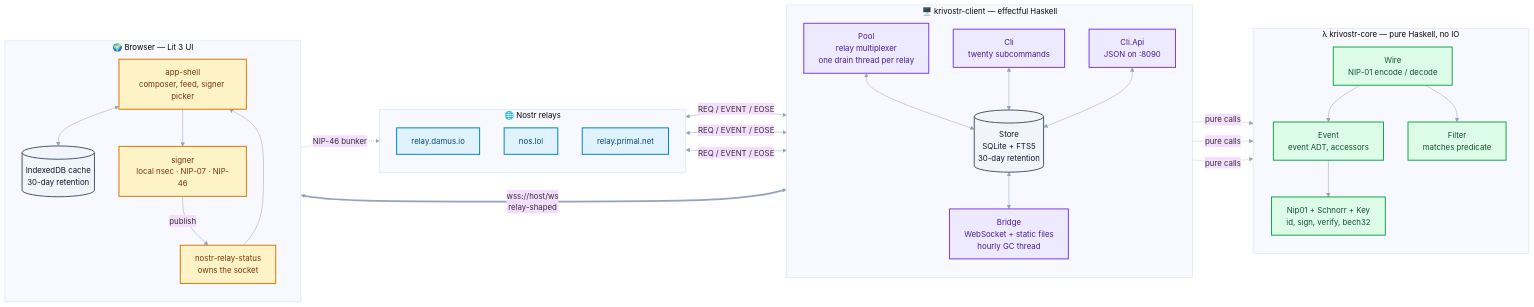
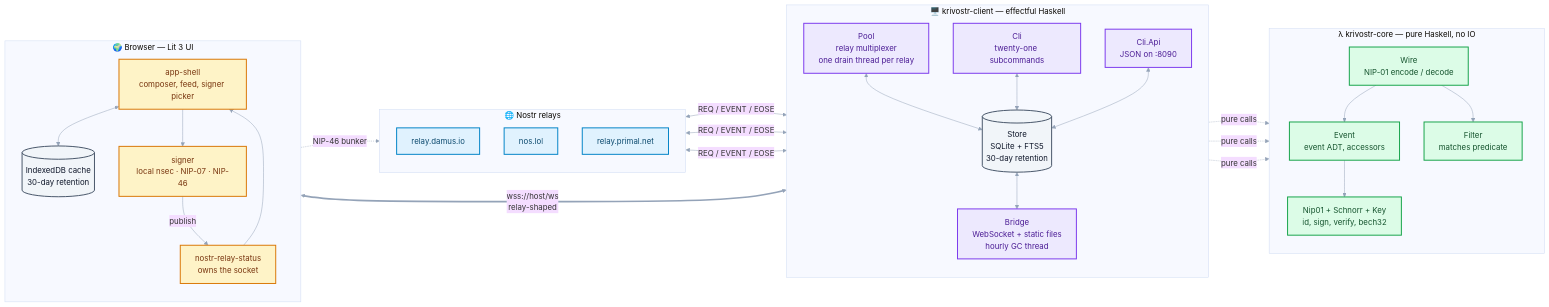
Before and after one commit to sagar-shirwalkar/krivostr: the diagram in README.md, drawn with Mermaid. The commit also changed other lines of this file and 29 other files, not shown here.

````diff
--- a/README.md
+++ b/README.md
@@ -309,67 +341,67 @@
 ```mermaid
 %%{init: {"theme": "base", "themeVariables": {"fontFamily": "ui-sans-serif, system-ui, sans-serif", "lineColor": "#94a3b8"}}}%%
 flowchart LR
     subgraph RELAYS["🌐 Nostr relays"]
         direction TB
         R1["relay.damus.io"]
         R2["nos.lol"]
         R3["relay.primal.net"]
     end
 
     subgraph CLIENT["🖥️ krivostr-client — effectful Haskell"]
         direction TB
         POOL["Pool<br/>relay multiplexer<br/>one drain thread per relay"]
         STORE[("Store<br/>SQLite + FTS5<br/>30-day retention")]
         BRIDGE["Bridge<br/>WebSocket + static files<br/>hourly GC thread"]
-        CLI["Cli<br/>twenty subcommands"]
+        CLI["Cli<br/>twenty-one subcommands"]
         API["Cli.Api<br/>JSON on :8090"]
     end
 
     subgraph CORE["λ krivostr-core — pure Haskell, no IO"]
         direction TB
         WIRE["Wire<br/>NIP-01 encode / decode"]
         EVENT["Event<br/>event ADT, accessors"]
         SCHNORR["Nip01 + Schnorr + Key<br/>id, sign, verify, bech32"]
         FILTER["Filter<br/>matches predicate"]
     end
 
     subgraph BROWSER["🌍 Browser — Lit 3 UI"]
         direction TB
         SHELL["app-shell<br/>composer, feed, signer picker"]
         STATUS["nostr-relay-status<br/>owns the socket"]
         SIGNER["signer<br/>local nsec · NIP-07 · NIP-46"]
         IDB[("IndexedDB cache<br/>30-day retention")]
     end
 
     R1 & R2 & R3 <-->|"REQ / EVENT / EOSE"| POOL
     POOL <--> STORE
     CLI <--> STORE
     API <--> STORE
     STORE <--> BRIDGE
 
     POOL -.->|"pure calls"| WIRE
     BRIDGE -.->|"pure calls"| WIRE
     CLI -.->|"pure calls"| WIRE
     WIRE --> EVENT
     WIRE --> FILTER
     EVENT --> SCHNORR
 
     BRIDGE <==>|"wss://host/ws<br/>relay-shaped"| STATUS
     STATUS --> SHELL
     SHELL <--> IDB
     SHELL --> SIGNER
     SIGNER -->|"publish"| STATUS
     SIGNER -.->|"NIP-46 bunker"| RELAYS
 
     classDef relay fill:#e0f2fe,stroke:#0284c7,stroke-width:2px,color:#0c4a6e
     classDef client fill:#ede9fe,stroke:#7c3aed,stroke-width:2px,color:#4c1d95
     classDef core fill:#dcfce7,stroke:#16a34a,stroke-width:2px,color:#14532d
     classDef ui fill:#fef3c7,stroke:#d97706,stroke-width:2px,color:#78350f
     classDef data fill:#f1f5f9,stroke:#475569,stroke-width:2px,color:#0f172a
 
     class R1,R2,R3 relay
     class POOL,BRIDGE,CLI,API client
     class WIRE,EVENT,SCHNORR,FILTER core
     class SHELL,STATUS,SIGNER ui
     class STORE,IDB data
 ```
````
